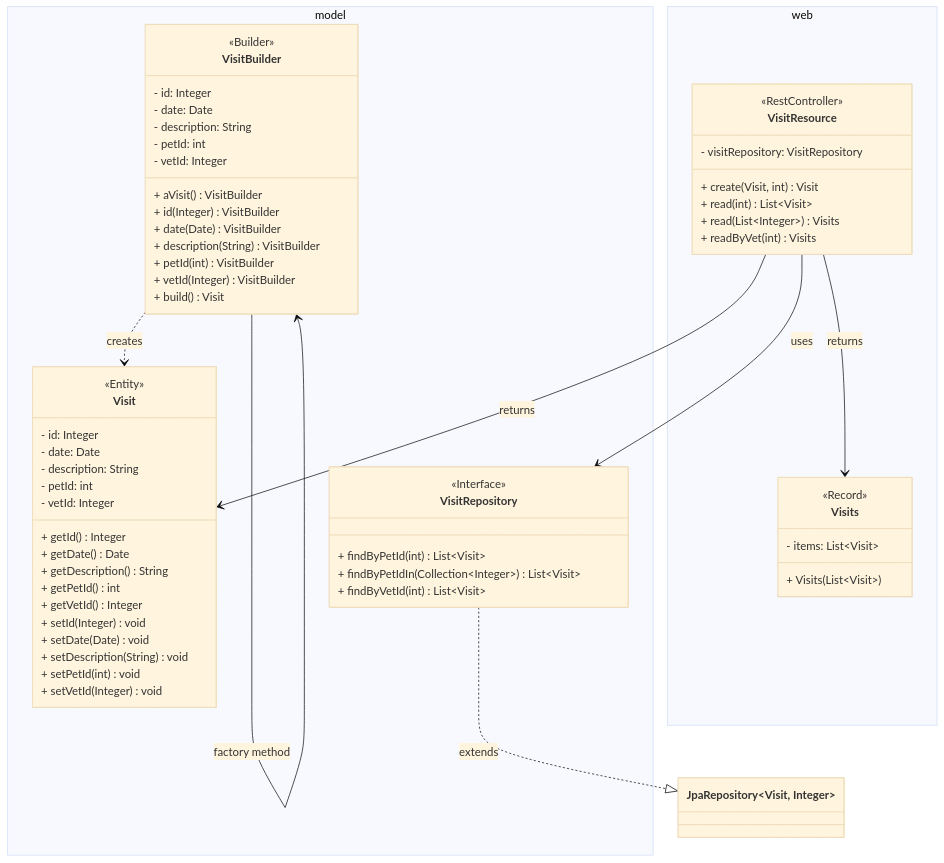
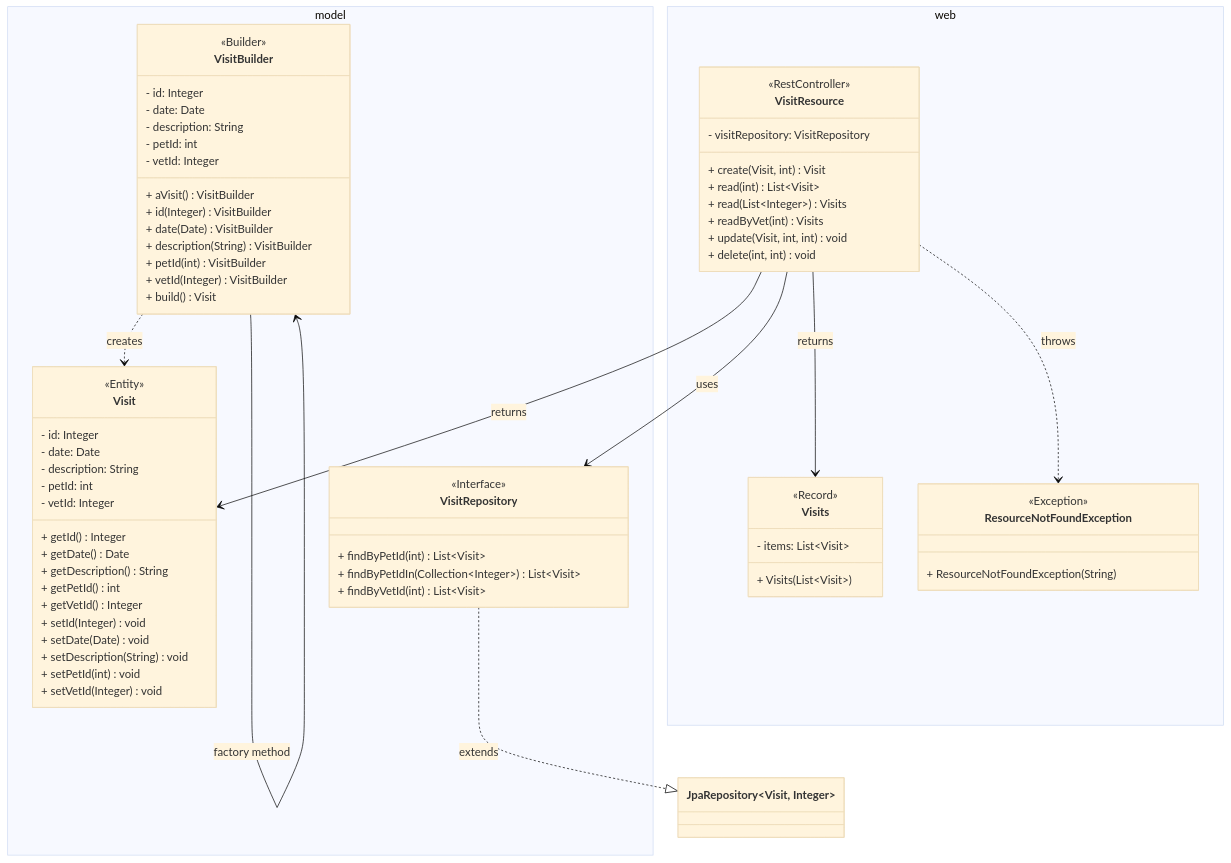
One commit to audoclyphia-evals/petclinic-visits-service changed the second of 3 diagrams in README.md. Above: the diagram before and after it, drawn with Mermaid (base theme). The commit also changed other lines of this file and 9 other files, not shown here.

Commit message:
feat: add update and delete endpoints for visit management

````diff
--- a/README.md
+++ b/README.md
@@ -192,67 +167,74 @@
 ```mermaid
 classDiagram
     namespace model {
         class Visit {
             <<Entity>>
             - id: Integer
             - date: Date
             - description: String
             - petId: int
             - vetId: Integer
             + getId() Integer
             + getDate() Date
             + getDescription() String
             + getPetId() int
             + getVetId() Integer
             + setId(Integer) void
             + setDate(Date) void
             + setDescription(String) void
             + setPetId(int) void
             + setVetId(Integer) void
         }
         class VisitBuilder {
             <<Builder>>
             - id: Integer
             - date: Date
             - description: String
             - petId: int
             - vetId: Integer
             + aVisit() VisitBuilder
             + id(Integer) VisitBuilder
             + date(Date) VisitBuilder
             + description(String) VisitBuilder
             + petId(int) VisitBuilder
             + vetId(Integer) VisitBuilder
             + build() Visit
         }
         class VisitRepository {
             <<Interface>>
             + findByPetId(int) List~Visit~
             + findByPetIdIn(Collection~Integer~) List~Visit~
             + findByVetId(int) List~Visit~
         }
     }
 
     namespace web {
         class VisitResource {
             <<RestController>>
             - visitRepository: VisitRepository
             + create(Visit, int) Visit
             + read(int) List~Visit~
             + read(List~Integer~) Visits
             + readByVet(int) Visits
+            + update(Visit, int, int) void
+            + delete(int, int) void
         }
         class Visits {
             <<Record>>
             - items: List~Visit~
             + Visits(List~Visit~)
+        }
+        class ResourceNotFoundException {
+            <<Exception>>
+            + ResourceNotFoundException(String)
         }
     }
 
     VisitBuilder ..> Visit : creates
     VisitBuilder --> VisitBuilder : factory method
     VisitRepository ..|> JpaRepository~Visit, Integer~ : extends
     VisitResource --> VisitRepository : uses
     VisitResource --> Visit : returns
     VisitResource --> Visits : returns
+    VisitResource ..> ResourceNotFoundException : throws
 ```
````
